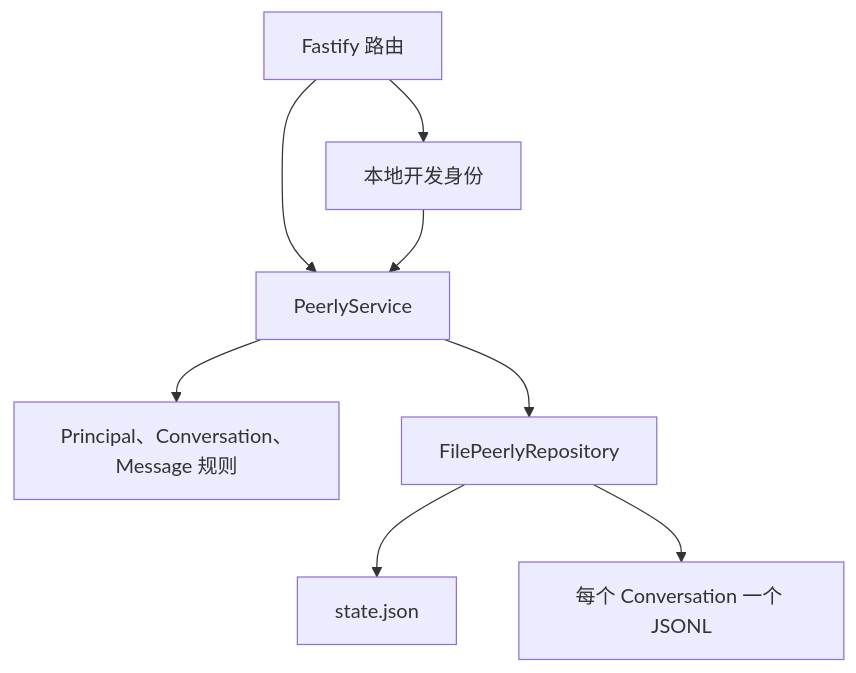
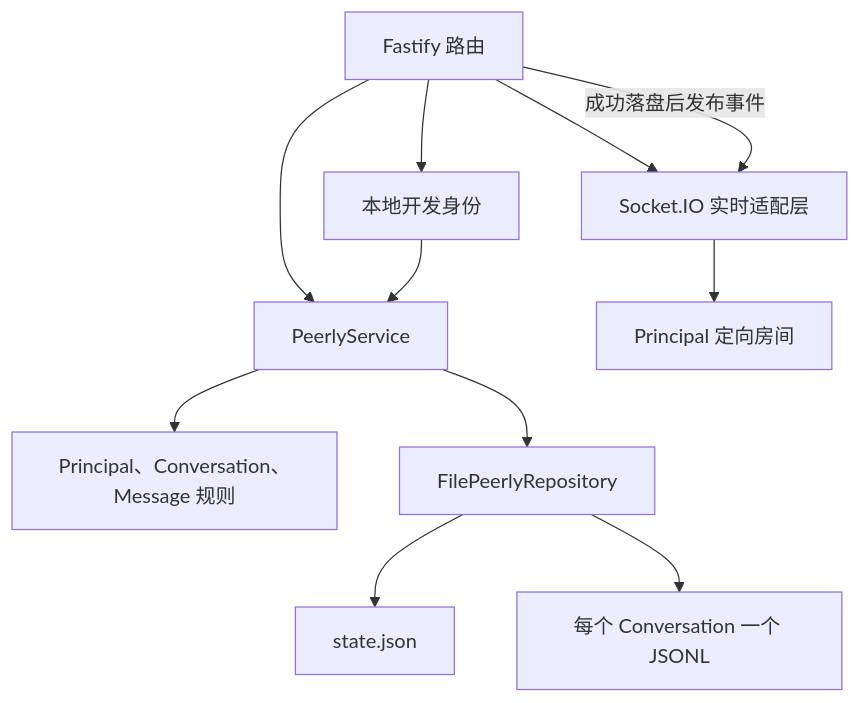
One commit to AllenLuuu/Peerly changed the second of 2 diagrams in docs/architecture.md. Above: the diagram before and after it, drawn with Mermaid. The commit also changed other lines of this file and 28 other files, not shown here.

````diff
--- a/docs/architecture.md
+++ b/docs/architecture.md
@@ -46,10 +48,13 @@
 ```mermaid
 flowchart TD
     HTTP[Fastify 路由] --> Session[本地开发身份]
     HTTP --> Service[PeerlyService]
+    HTTP --> Realtime[Socket.IO 实时适配层]
     Session --> Service
     Service --> Domain[Principal、Conversation、Message 规则]
     Service --> Repository[FilePeerlyRepository]
     Repository --> State[state.json]
     Repository --> Messages[每个 Conversation 一个 JSONL]
+    HTTP -->|成功落盘后发布事件| Realtime
+    Realtime --> Rooms[Principal 定向房间]
 ```
````
